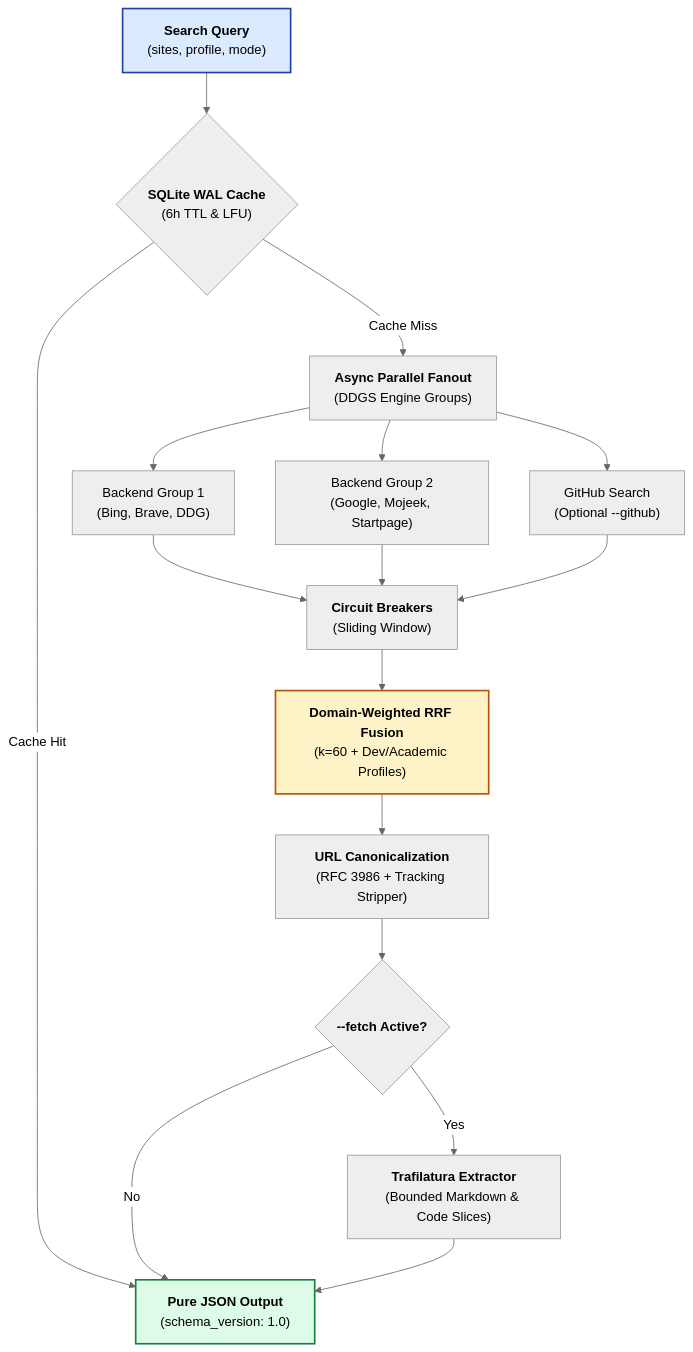
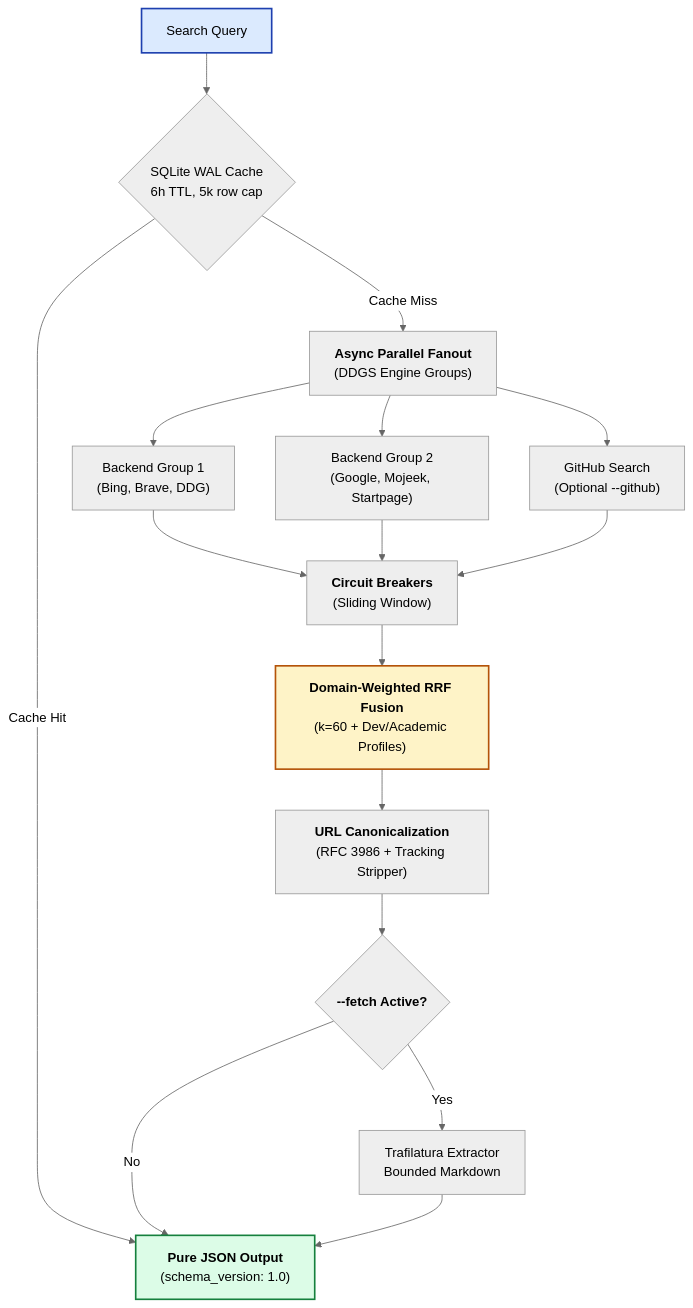
The diagram in README.md (Alih-b/Josty), drawn with Mermaid (neutral theme) before and after one commit. The commit also changed other lines of this file and 9 other files, not shown here.

````diff
--- a/README.md
+++ b/README.md
@@ -174,30 +175,30 @@
 ```mermaid
 graph TD
-    Query["<b>Search Query</b><br/>(sites, profile, mode)"] --> Cache{"<b>SQLite WAL Cache</b><br/>(6h TTL & LFU)"}
+    Query["Search Query"] --> Cache{"SQLite WAL Cache<br/>6h TTL, 5k row cap"}
     
     Cache -- Cache Hit --> Out["<b>Pure JSON Output</b><br/>(schema_version: 1.0)"]
     
     Cache -- Cache Miss --> Fanout["<b>Async Parallel Fanout</b><br/>(DDGS Engine Groups)"]
     
     Fanout --> B1["Backend Group 1<br/>(Bing, Brave, DDG)"]
     Fanout --> B2["Backend Group 2<br/>(Google, Mojeek, Startpage)"]
     Fanout --> GH["GitHub Search<br/>(Optional --github)"]
     
     B1 --> Circuit["<b>Circuit Breakers</b><br/>(Sliding Window)"]
     B2 --> Circuit
     GH --> Circuit
     
     Circuit --> RRF["<b>Domain-Weighted RRF Fusion</b><br/>(k=60 + Dev/Academic Profiles)"]
     
     RRF --> Canon["<b>URL Canonicalization</b><br/>(RFC 3986 + Tracking Stripper)"]
     
     Canon --> Fetch{"<b>--fetch Active?</b>"}
     
-    Fetch -- Yes --> Traf["<b>Trafilatura Extractor</b><br/>(Bounded Markdown & Code Slices)"]
+    Fetch -- Yes --> Traf["Trafilatura Extractor<br/>Bounded Markdown"]
     Fetch -- No --> Out
     Traf --> Out
 
     style Query fill:#dbeafe,stroke:#1e40af,stroke-width:2px;
     style Out fill:#dcfce7,stroke:#15803d,stroke-width:2px;
     style RRF fill:#fef3c7,stroke:#b45309,stroke-width:2px;
 ```
````
